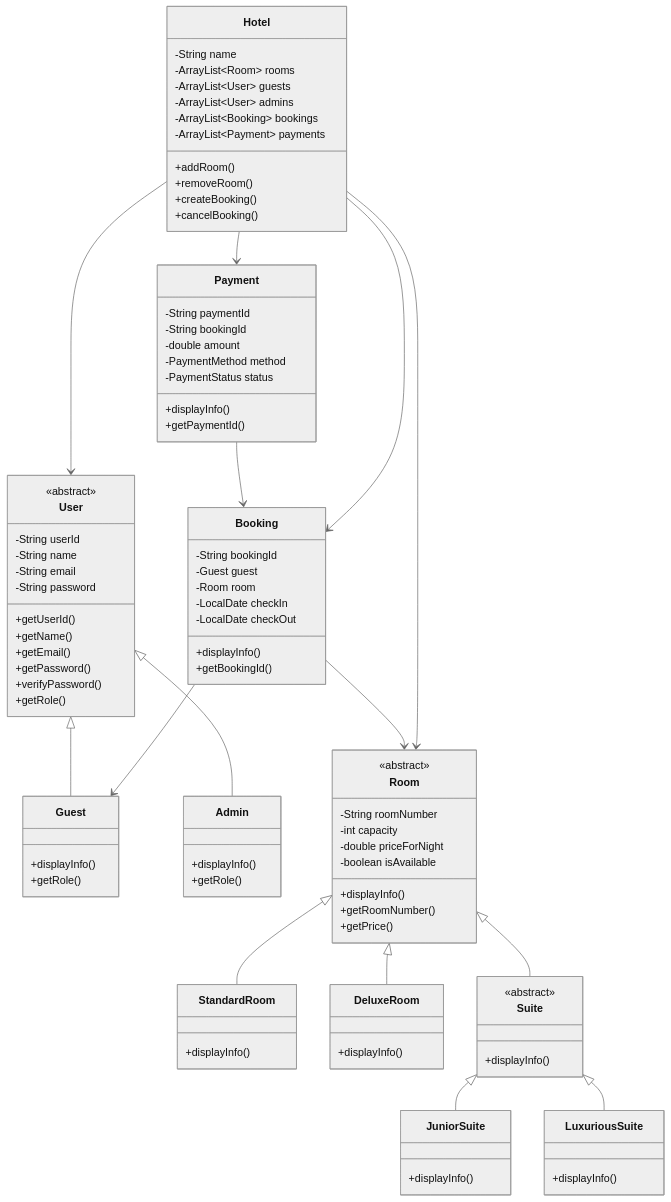
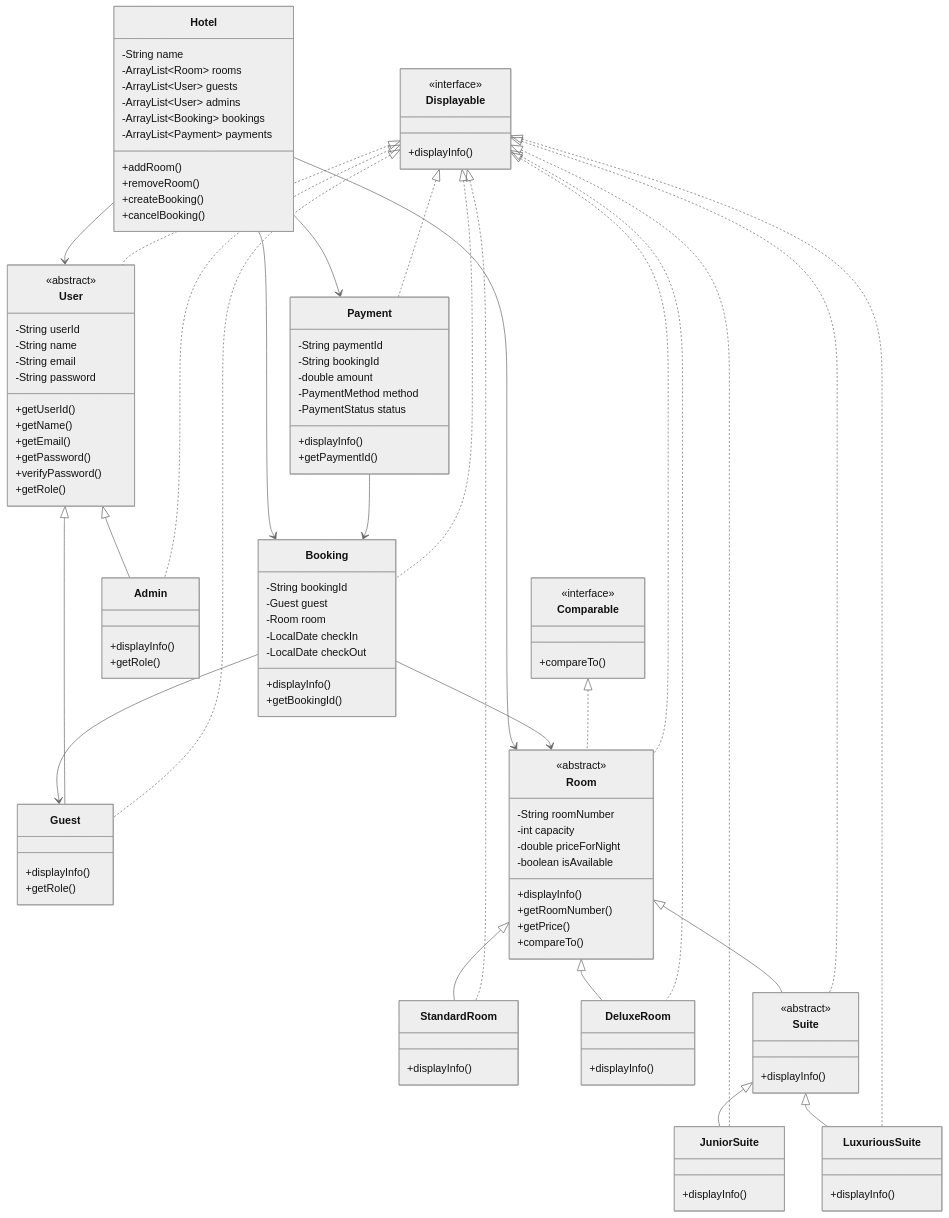
One commit to mhvmdd/Embedded-GPS-System changed the diagram in README.md. Above: the diagram before and after it, drawn with Mermaid (neutral theme).

````diff
--- a/README.md
+++ b/README.md
@@ -63,5 +63,15 @@
 ```mermaid
 classDiagram
+    class Displayable {
+        <<interface>>
+        +displayInfo()
+    }
+    
+    class Comparable {
+        <<interface>>
+        +compareTo()
+    }
+    
     class User {
         <<abstract>>
         -String userId
@@ -95,6 +105,7 @@
         +displayInfo()
         +getRoomNumber()
         +getPrice()
+        +compareTo()
     }
     
     class StandardRoom {
@@ -151,6 +162,20 @@
         +cancelBooking()
     }
     
+    Displayable <|.. User
+    Displayable <|.. Guest
+    Displayable <|.. Admin
+    Displayable <|.. Room
+    Displayable <|.. StandardRoom
+    Displayable <|.. DeluxeRoom
+    Displayable <|.. Suite
+    Displayable <|.. JuniorSuite
+    Displayable <|.. LuxuriousSuite
+    Displayable <|.. Booking
+    Displayable <|.. Payment
+    
+    Comparable <|.. Room
+    
     User <|-- Guest
     User <|-- Admin
     Room <|-- StandardRoom
````
